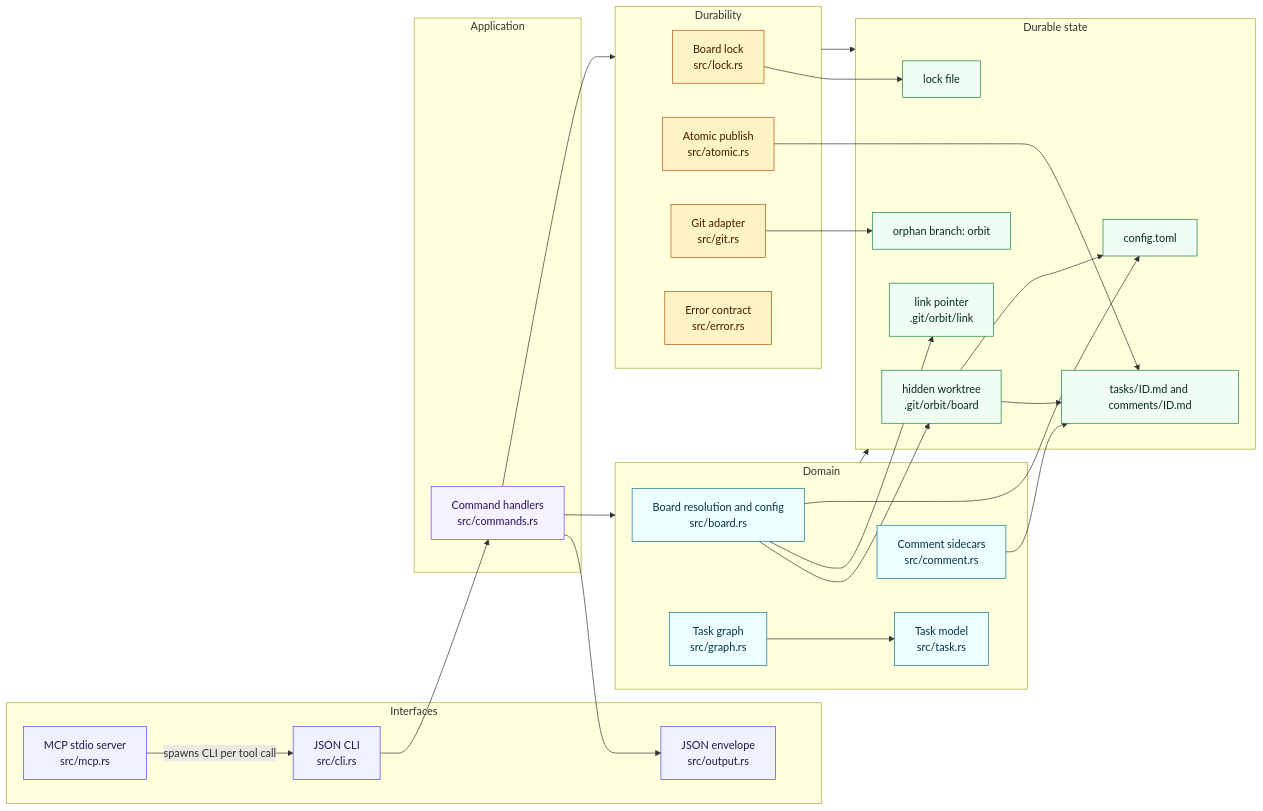
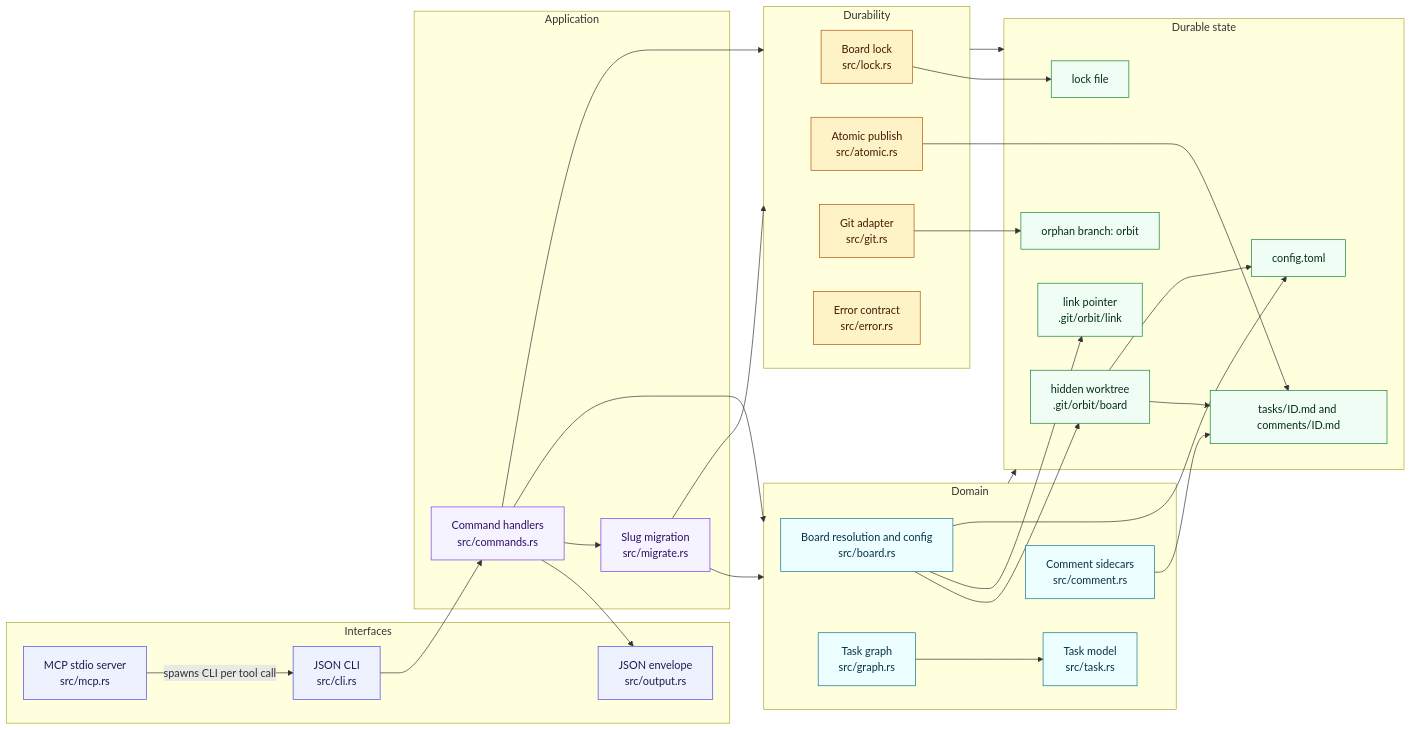
The first of 2 diagrams in docs/SPEC.md (rcmendes/orbit), drawn with Mermaid before and after one commit. The commit also changed other lines of this file and 17 other files, not shown here.

First line of the commit message:
feat: add orbit slug show and migrate

````diff
--- a/docs/SPEC.md
+++ b/docs/SPEC.md
@@ -42,65 +42,69 @@
 ```mermaid
 flowchart LR
     subgraph Interfaces["Interfaces"]
         CLI["JSON CLI<br/>src/cli.rs"]
         MCP["MCP stdio server<br/>src/mcp.rs"]
         OUT["JSON envelope<br/>src/output.rs"]
     end
 
     subgraph Application["Application"]
         CMD["Command handlers<br/>src/commands.rs"]
+        MIGRATE["Slug migration<br/>src/migrate.rs"]
     end
 
     subgraph Domain["Domain"]
         BOARD["Board resolution and config<br/>src/board.rs"]
         GRAPH["Task graph<br/>src/graph.rs"]
         TASK["Task model<br/>src/task.rs"]
         COMMENTS["Comment sidecars<br/>src/comment.rs"]
     end
 
     subgraph Durability["Durability"]
         LOCK["Board lock<br/>src/lock.rs"]
         ATOMIC["Atomic publish<br/>src/atomic.rs"]
         GIT["Git adapter<br/>src/git.rs"]
         ERR["Error contract<br/>src/error.rs"]
     end
 
     subgraph Data["Durable state"]
         BRANCH["orphan branch: orbit"]
         WORKTREE["hidden worktree<br/>.git/orbit/board"]
         LINK["link pointer<br/>.git/orbit/link"]
         FILES["tasks/ID.md and comments/ID.md"]
         CONFIG["config.toml"]
         LOCKFILE["lock file"]
     end
 
     CLI --> CMD
     MCP -->|spawns CLI per tool call| CLI
     CMD --> OUT
+    CMD --> MIGRATE
     CMD --> Domain
     CMD --> Durability
+    MIGRATE --> Domain
+    MIGRATE --> Durability
     Domain --> Data
     Durability --> Data
     GRAPH --> TASK
     BOARD --> WORKTREE
     BOARD --> LINK
     BOARD --> CONFIG
     GIT --> BRANCH
     ATOMIC --> FILES
     COMMENTS --> FILES
     LOCK --> LOCKFILE
     WORKTREE --> FILES
     WORKTREE --> CONFIG
 
     classDef iface fill:#eef2ff,stroke:#4f46e5,color:#1e1b4b
     classDef app fill:#f5f3ff,stroke:#7c3aed,color:#2e1065
     classDef domain fill:#ecfeff,stroke:#0e7490,color:#083344
     classDef durable fill:#fef3c7,stroke:#b45309,color:#451a03
     classDef store fill:#f0fdf4,stroke:#15803d,color:#052e16
 
     class CLI,MCP,OUT iface
-    class CMD app
+    class CMD,MIGRATE app
     class BOARD,GRAPH,TASK,COMMENTS domain
     class LOCK,ATOMIC,GIT,ERR durable
     class BRANCH,WORKTREE,LINK,FILES,CONFIG,LOCKFILE store
 ```
````
